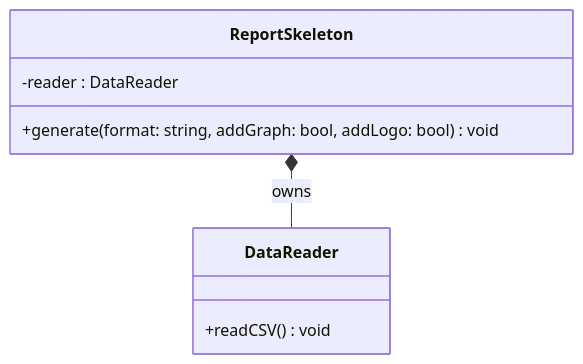
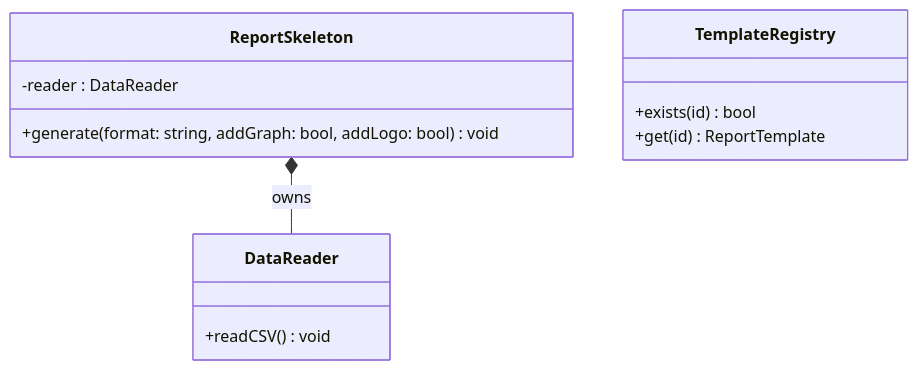
The second of 7 diagrams in kindle/design-patterns/output/chapter11.md (kumachan1101-pixel/DesignPattern), drawn with Mermaid before and after one commit. The commit also changed other lines of this file, not shown here.

````diff
--- a/kindle/design-patterns/output/chapter11.md
+++ b/kindle/design-patterns/output/chapter11.md
@@ -157,11 +150,15 @@
 ```mermaid
 classDiagram
     class ReportSkeleton {
         -reader : DataReader
         +generate(format: string, addGraph: bool, addLogo: bool) void
     }
     class DataReader {
         +readCSV() void
     }
+    class TemplateRegistry {
+        +exists(id) bool
+        +get(id) ReportTemplate
+    }
     ReportSkeleton *-- DataReader : owns
 ```
````
